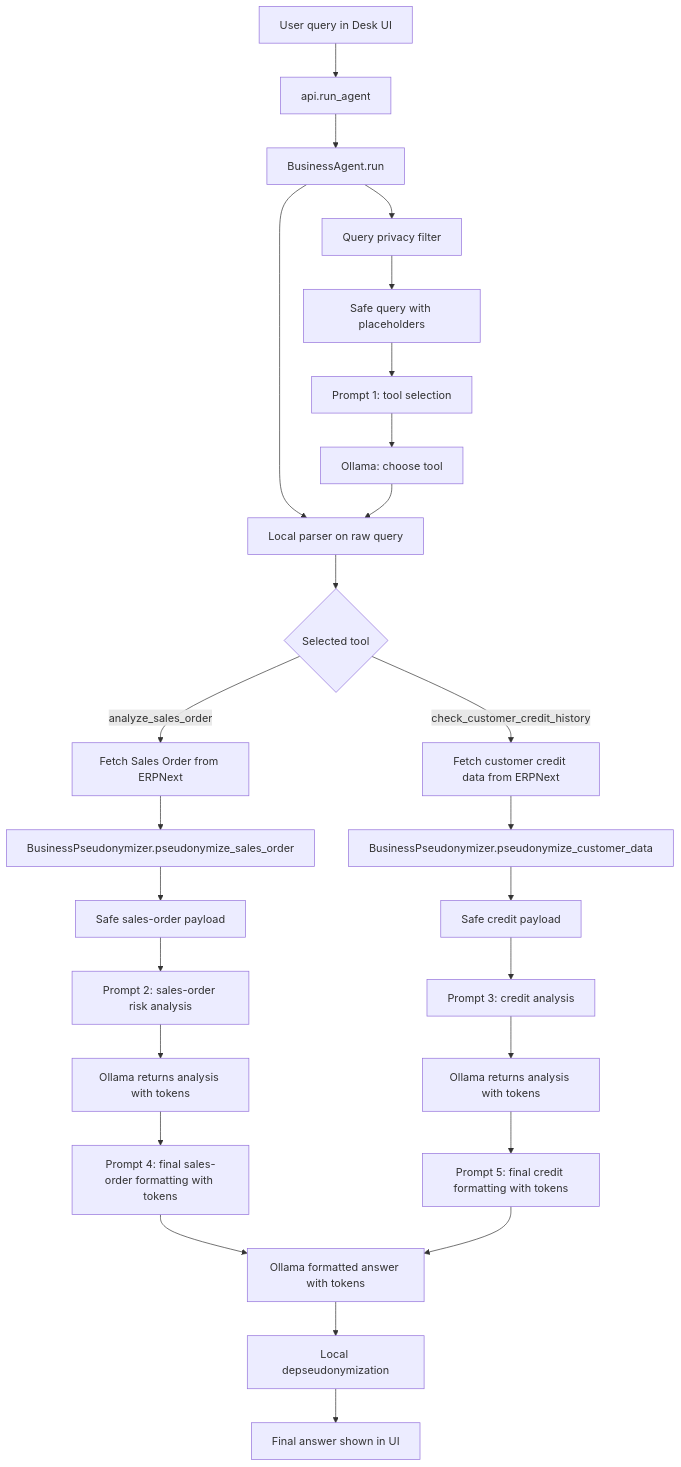
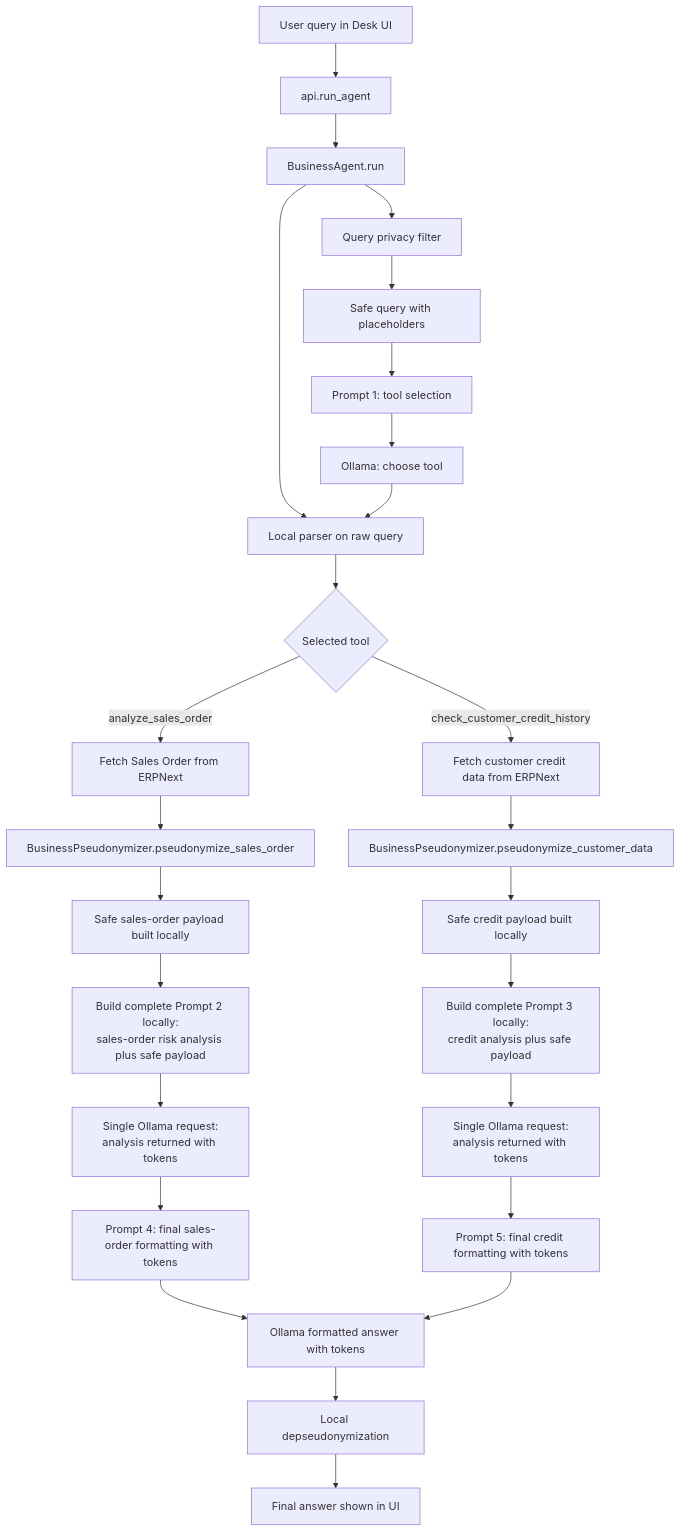
One commit to siasty/Ai-agent-demo- changed the first of 2 diagrams in docs/privacy_prompt_flow.md. Above: the diagram before and after it, drawn with Mermaid. The commit also changed other lines of this file and 8 other files, not shown here.

First line of the commit message:
Add demo recordings for sales order tool analysis

````diff
--- a/docs/privacy_prompt_flow.md
+++ b/docs/privacy_prompt_flow.md
@@ -10,38 +10,38 @@
 ```mermaid
 flowchart TD
     U[User query in Desk UI] --> API[api.run_agent]
     API --> A[BusinessAgent.run]
 
     A --> QF[Query privacy filter]
     QF --> SQ[Safe query with placeholders]
     SQ --> P1[Prompt 1: tool selection]
     P1 --> O1[Ollama: choose tool]
 
     A --> LP[Local parser on raw query]
     O1 --> LP
     LP --> T{Selected tool}
 
     T -->|analyze_sales_order| SO[Fetch Sales Order from ERPNext]
     T -->|check_customer_credit_history| CR[Fetch customer credit data from ERPNext]
 
     SO --> PSO[BusinessPseudonymizer.pseudonymize_sales_order]
     CR --> PCR[BusinessPseudonymizer.pseudonymize_customer_data]
 
-    PSO --> SOD[Safe sales-order payload]
-    PCR --> CRD[Safe credit payload]
+    PSO --> SOD[Safe sales-order payload built locally]
+    PCR --> CRD[Safe credit payload built locally]
 
-    SOD --> P2[Prompt 2: sales-order risk analysis]
-    CRD --> P3[Prompt 3: credit analysis]
+    SOD --> P2[Build complete Prompt 2 locally:<br/>sales-order risk analysis plus safe payload]
+    CRD --> P3[Build complete Prompt 3 locally:<br/>credit analysis plus safe payload]
 
-    P2 --> O2[Ollama returns analysis with tokens]
-    P3 --> O3[Ollama returns analysis with tokens]
+    P2 --> O2[Single Ollama request:<br/>analysis returned with tokens]
+    P3 --> O3[Single Ollama request:<br/>analysis returned with tokens]
 
     O2 --> P4[Prompt 4: final sales-order formatting with tokens]
     O3 --> P5[Prompt 5: final credit formatting with tokens]
 
     P4 --> FO[Ollama formatted answer with tokens]
     P5 --> FO
 
     FO --> R[Local depseudonymization]
     R --> UI[Final answer shown in UI]
 ```
````
